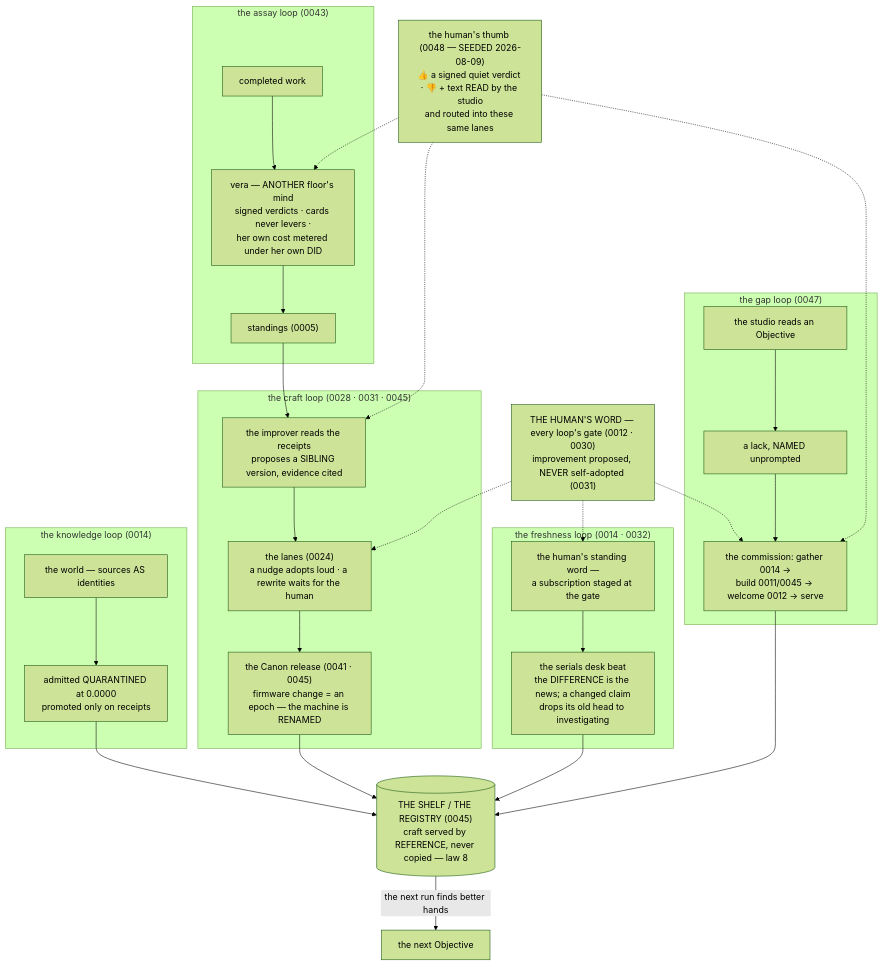
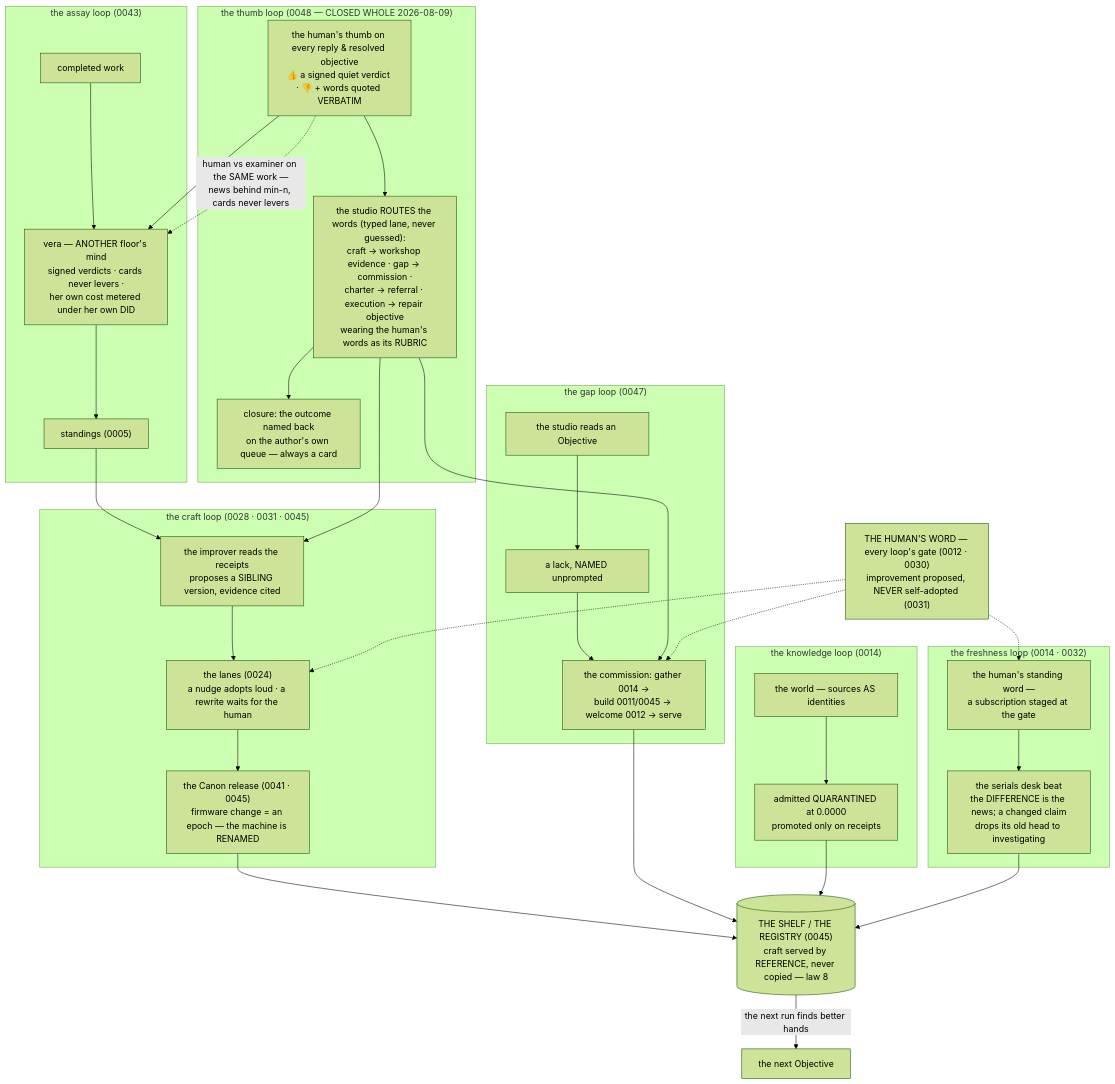
The fourth of 4 diagrams in docs/design/the-objective-atlas.md (iotlodge/orreth), drawn with Mermaid (forest theme) before and after one commit. The commit also changed 9 other files, not shown here.

````diff
--- a/docs/design/the-objective-atlas.md
+++ b/docs/design/the-objective-atlas.md
@@ -104,33 +104,37 @@
 ```mermaid
 flowchart TB
   subgraph L1["the assay loop (0043)"]
     W["completed work"] --> V["vera — ANOTHER floor's mind<br/>signed verdicts · cards never levers ·<br/>her own cost metered under her own DID"]
     V --> ST["standings (0005)"]
   end
   subgraph L2["the craft loop (0028 · 0031 · 0045)"]
     ST --> IMP["the improver reads the receipts<br/>proposes a SIBLING version, evidence cited"]
     IMP --> LANE["the lanes (0024)<br/>a nudge adopts loud · a rewrite waits for the human"]
     LANE --> REL["the Canon release (0041 · 0045)<br/>firmware change = an epoch — the machine is RENAMED"]
   end
   subgraph L3["the gap loop (0047)"]
     RD["the studio reads an Objective"] --> GP["a lack, NAMED unprompted"]
     GP --> COMM["the commission: gather 0014 →<br/>build 0011/0045 → welcome 0012 → serve"]
   end
   subgraph L4["the freshness loop (0014 · 0032)"]
     SUB["the human's standing word —<br/>a subscription staged at the gate"] --> BEAT["the serials desk beat<br/>the DIFFERENCE is the news; a changed claim<br/>drops its old head to investigating"]
   end
   subgraph L5["the knowledge loop (0014)"]
     EXT["the world — sources AS identities"] --> QUAR["admitted QUARANTINED at 0.0000<br/>promoted only on receipts"]
   end
-  THUMB["the human's thumb (0048 — SEEDED 2026-08-09)<br/>👍 a signed quiet verdict · 👎 + text READ by the studio<br/>and routed into these same lanes"]
-  THUMB -.-> V
-  THUMB -.-> IMP
-  THUMB -.-> COMM
+  subgraph L6["the thumb loop (0048 — CLOSED WHOLE 2026-08-09)"]
+    THUMB["the human's thumb on every reply & resolved objective<br/>👍 a signed quiet verdict · 👎 + words quoted VERBATIM"] --> RTE["the studio ROUTES the words (typed lane, never guessed):<br/>craft → workshop evidence · gap → commission ·<br/>charter → referral · execution → repair objective<br/>wearing the human's words as its RUBRIC"]
+    RTE --> CLOSEC["closure: the outcome named back<br/>on the author's own queue — always a card"]
+  end
+  THUMB --> V
+  RTE --> IMP
+  RTE --> COMM
+  THUMB -.->|"human vs examiner on the SAME work —<br/>news behind min-n, cards never levers"| V
   REL & COMM & QUAR --> SHELF[("THE SHELF / THE REGISTRY (0045)<br/>craft served by REFERENCE, never copied — law 8")]
   BEAT --> SHELF
   SHELF -->|"the next run finds better hands"| NEXT["the next Objective"]
   HUM["THE HUMAN'S WORD — every loop's gate (0012 · 0030)<br/>improvement proposed, NEVER self-adopted (0031)"]
   HUM -.-> LANE
   HUM -.-> COMM
   HUM -.-> SUB
 ```
````
